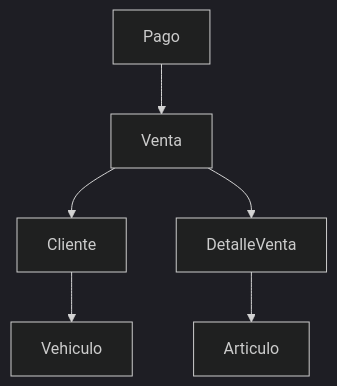
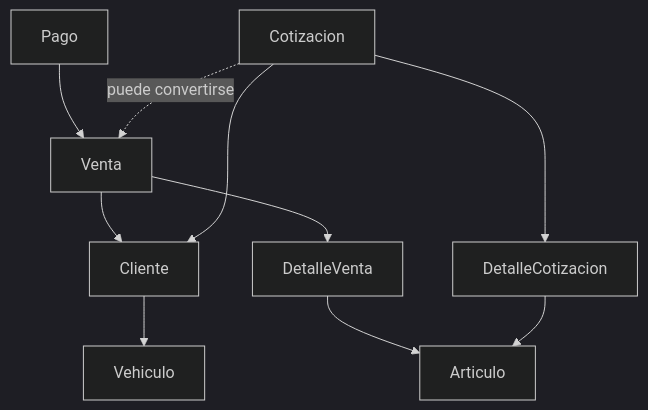
The first of 3 diagrams in docs/core/ARCHITECTURE.md (szystems/jireh), drawn with Mermaid (dark theme) before and after one commit. The commit also changed other lines of this file and 22 other files, not shown here.

````diff
--- a/docs/core/ARCHITECTURE.md
+++ b/docs/core/ARCHITECTURE.md
@@ -76,8 +85,12 @@
 ```mermaid
 graph TD
     A[Cliente] --> B[Vehiculo]
     C[Venta] --> A
     C --> D[DetalleVenta]
     D --> E[Articulo]
     F[Pago] --> C
+    G[Cotizacion] --> A
+    G --> H[DetalleCotizacion]
+    H --> E
+    G -.->|puede convertirse| C
 ```
````
